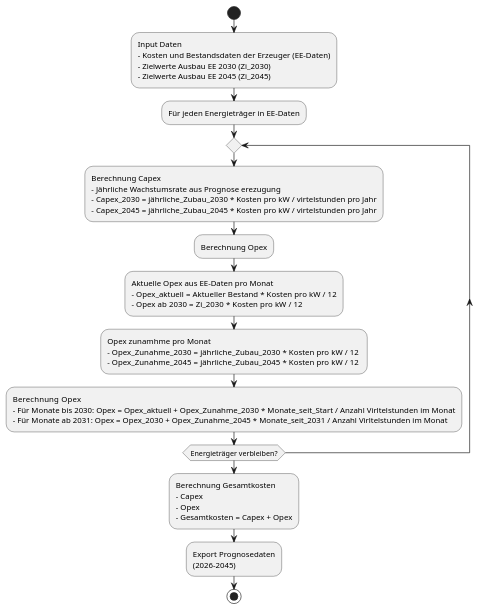
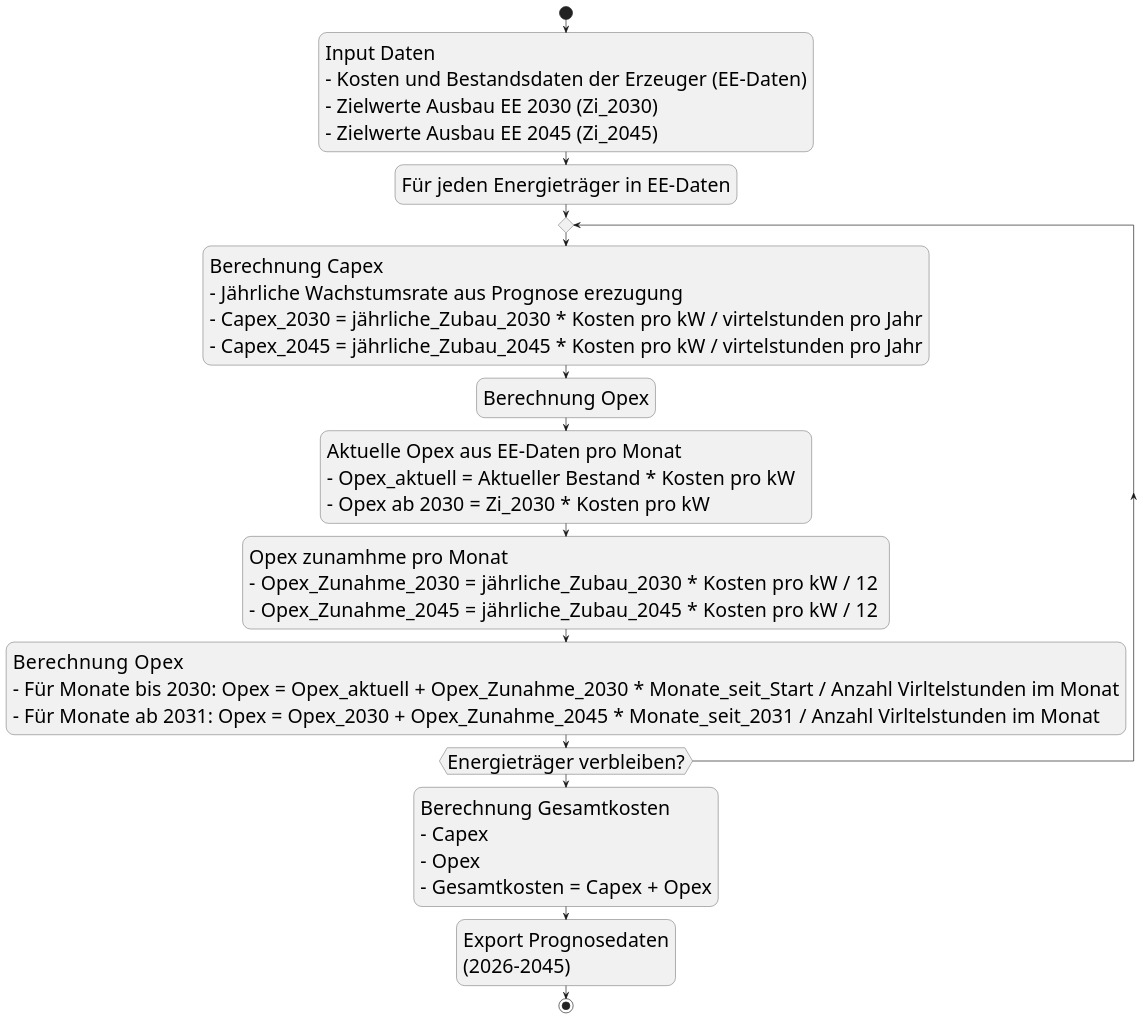
One commit to gitroi/IPJ1-Pottkieker changed the diagram in Sonstiges/UML_Diagramme/Kosten.plantuml. Above: the diagram before and after it, drawn with PlantUML. The commit also changed 3 other files, not shown here.

Commit message:
Diagramme überarbeitet

```diff
--- a/Sonstiges/UML_Diagramme/Kosten.plantuml
+++ b/Sonstiges/UML_Diagramme/Kosten.plantuml
@@ -1,44 +1,44 @@
 @startuml Capex und Opex des EE-Ausbaus
-
+skinparam ActivityFontSize 30
 start
 
 :Input Daten
 - Kosten und Bestandsdaten der Erzeuger (EE-Daten)
 - Zielwerte Ausbau EE 2030 (Zi_2030)
 - Zielwerte Ausbau EE 2045 (Zi_2045);
 :Für jeden Energieträger in EE-Daten;
 
 repeat 
     
 
     :Berechnung Capex
     - Jährliche Wachstumsrate aus Prognose erezugung
     - Capex_2030 = jährliche_Zubau_2030 * Kosten pro kW / virtelstunden pro Jahr
     - Capex_2045 = jährliche_Zubau_2045 * Kosten pro kW / virtelstunden pro Jahr;
 
     :Berechnung Opex;
 
     :Aktuelle Opex aus EE-Daten pro Monat
-    - Opex_aktuell = Aktueller Bestand * Kosten pro kW  / 12
-    - Opex ab 2030 = Zi_2030 * Kosten pro kW  / 12;
+    - Opex_aktuell = Aktueller Bestand * Kosten pro kW  
+    - Opex ab 2030 = Zi_2030 * Kosten pro kW;
 
     :Opex zunamhme pro Monat
     - Opex_Zunahme_2030 = jährliche_Zubau_2030 * Kosten pro kW  / 12 
     - Opex_Zunahme_2045 = jährliche_Zubau_2045 * Kosten pro kW  / 12;
 
     :Berechnung  Opex
     - Für Monate bis 2030: Opex = Opex_aktuell + Opex_Zunahme_2030 * Monate_seit_Start / Anzahl Virltelstunden im Monat
     - Für Monate ab 2031: Opex = Opex_2030 + Opex_Zunahme_2045 * Monate_seit_2031 / Anzahl Virltelstunden im Monat;
 
 repeat while (Energieträger verbleiben?);
 
 :Berechnung Gesamtkosten
 - Capex
 - Opex
 - Gesamtkosten = Capex + Opex;
 
 :Export Prognosedaten
 (2026–2045);
 
 stop
 @enduml
```
